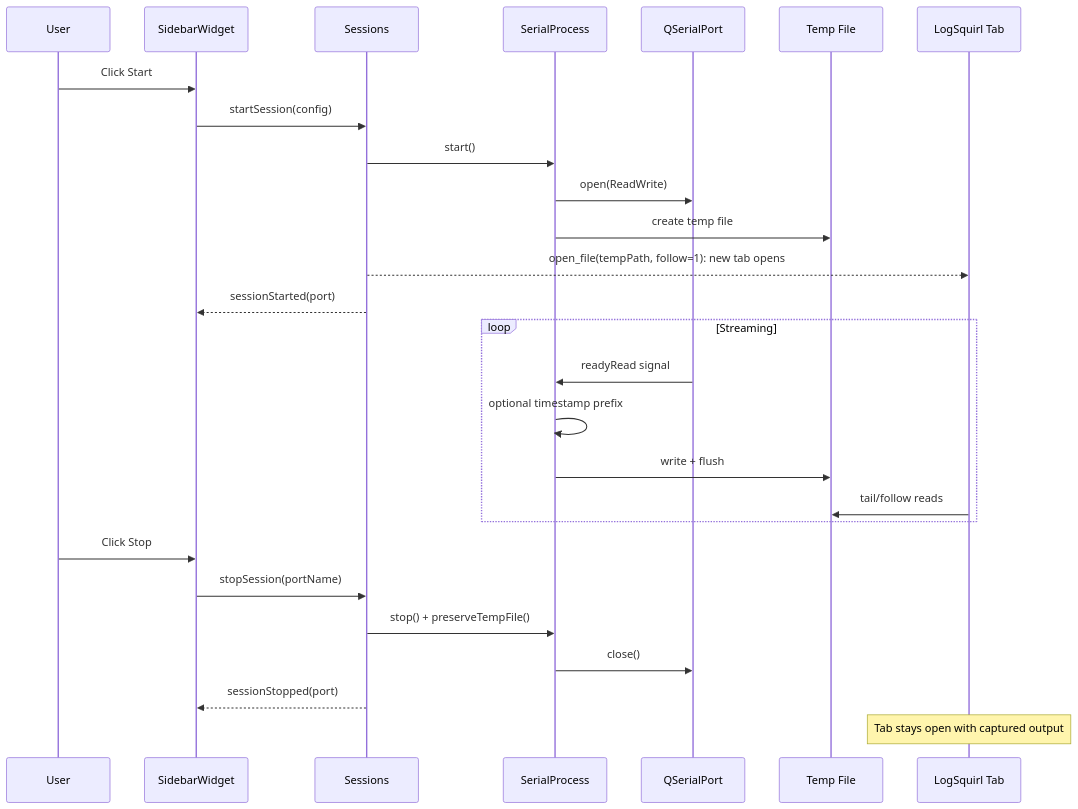
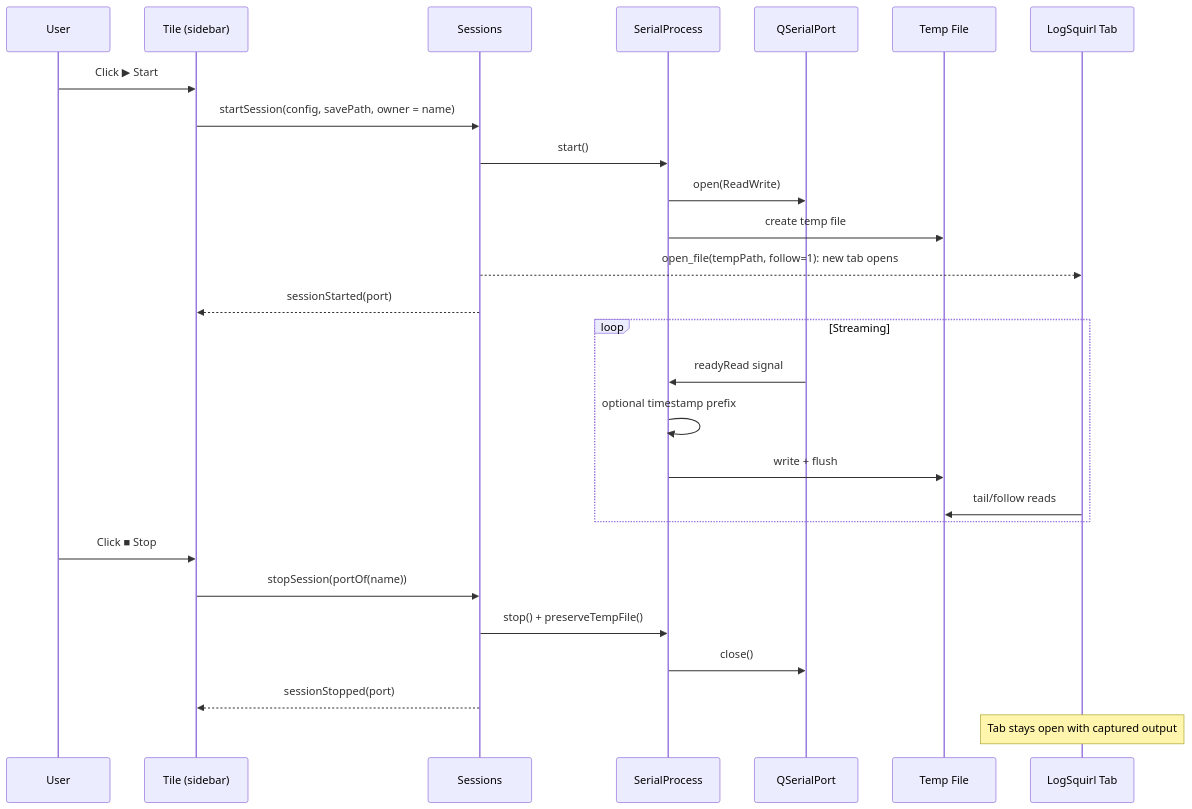
One commit to 64x-lunicorn/LogSquirl-Serial changed the second of 3 diagrams in README.md. Above: the diagram before and after it, drawn with Mermaid. The commit also changed other lines of this file and 29 other files, not shown here.

First line of the commit message:
Saved port configurations, one tile each in the sidebar (#50)

````diff
--- a/README.md
+++ b/README.md
@@ -213,30 +259,30 @@
 ```mermaid
 sequenceDiagram
     participant User
-    participant SW as SidebarWidget
+    participant SW as Tile (sidebar)
     participant S as Sessions
     participant SP as SerialProcess
     participant Port as QSerialPort
     participant TF as Temp File
     participant LS as LogSquirl Tab
 
-    User->>SW: Click Start
-    SW->>S: startSession(config)
+    User->>SW: Click ▶ Start
+    SW->>S: startSession(config, savePath, owner = name)
     S->>SP: start()
     SP->>Port: open(ReadWrite)
     SP->>TF: create temp file
     S-->>LS: open_file(tempPath, follow=1): new tab opens
     S-->>SW: sessionStarted(port)
     loop Streaming
         Port->>SP: readyRead signal
         SP->>SP: optional timestamp prefix
         SP->>TF: write + flush
         LS->>TF: tail/follow reads
     end
-    User->>SW: Click Stop
-    SW->>S: stopSession(portName)
+    User->>SW: Click ■ Stop
+    SW->>S: stopSession(portOf(name))
     S->>SP: stop() + preserveTempFile()
     SP->>Port: close()
     S-->>SW: sessionStopped(port)
     Note over LS: Tab stays open with captured output
 ```
````
